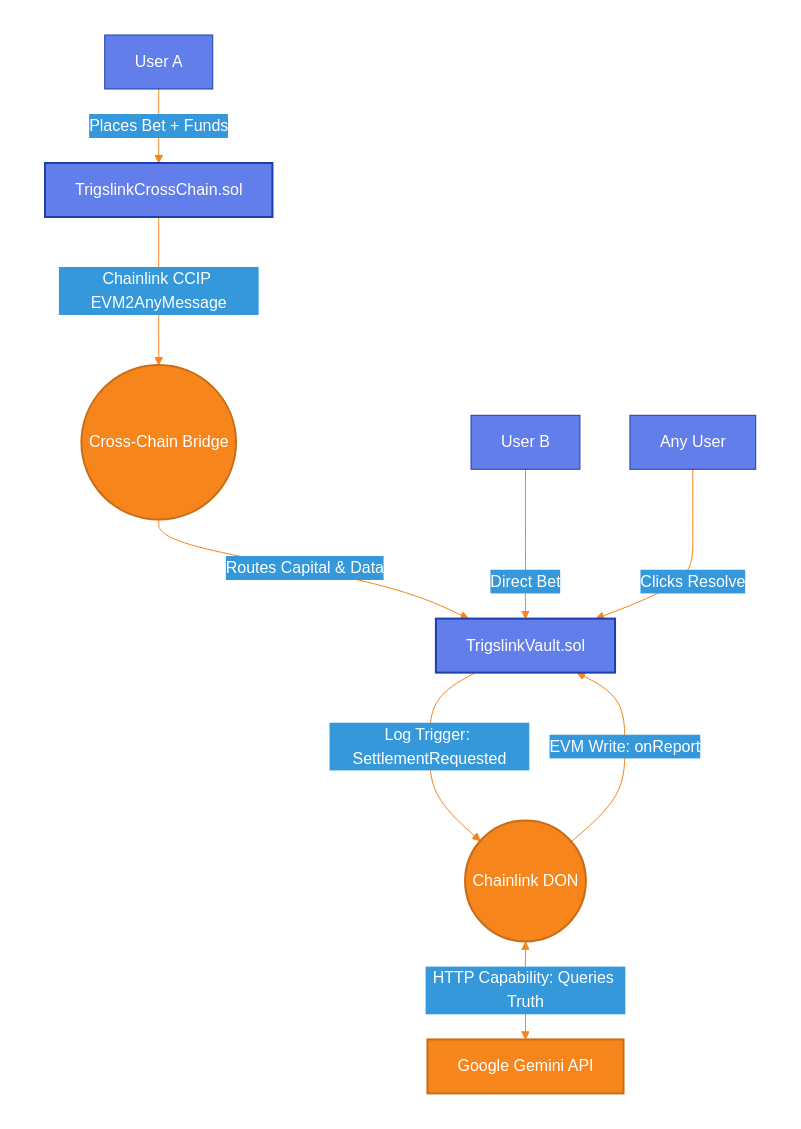
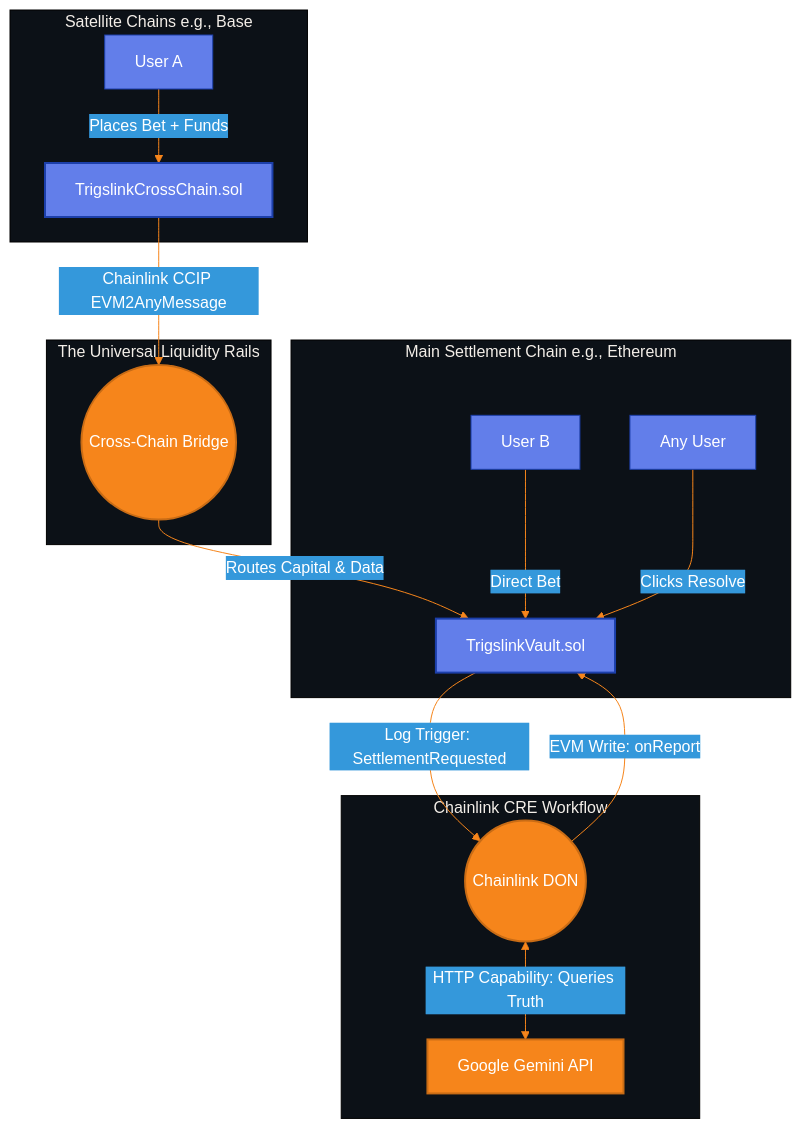
Before and after one commit to Trigs-link/trigslink: the first of 2 diagrams in README.md, drawn with Mermaid.

Commit message:
README updated

````diff
--- a/README.md
+++ b/README.md
@@ -21,41 +21,41 @@
 ```mermaid
 %%{init: {
   'theme': 'base',
   'themeVariables': {
     'primaryColor': '#627eea',
     'primaryTextColor': '#ffffff',
     'primaryBorderColor': '#1c3faa',
     'lineColor': '#f6851b',
     'secondaryColor': '#3498db',
-    'tertiaryColor': 'transparent',
+    'tertiaryColor': '#0c1117',
     'fontFamily': 'Inter, system-ui, sans-serif',
     'background': '#0b0f1c'
   }
 }}%%
 graph TD
     subgraph Satellite Chains [Satellite Chains e.g., Base]
         UserA[User A] -->|Places Bet + Funds| CC_Sender[TrigslinkCrossChain.sol]
     end
 
     subgraph The Universal Liquidity Rails
         CC_Sender -->|Chainlink CCIP EVM2AnyMessage| Bridge((Cross-Chain Bridge))
     end
 
     subgraph Main Hub [Main Settlement Chain e.g., Ethereum]
         Bridge -->|Routes Capital & Data| Vault[TrigslinkVault.sol]
         UserB[User B] -->|Direct Bet| Vault
         UserC[Any User] -->|Clicks Resolve| Vault
     end
 
     subgraph Off-Chain Truth Engine [Chainlink CRE Workflow]
         Vault -->|Log Trigger: SettlementRequested| DON((Chainlink DON))
         DON <-->|HTTP Capability: Queries Truth| Gemini[Google Gemini API]
         DON -->|EVM Write: onReport| Vault
     end
 
     classDef contract fill:#627eea,stroke:#1c3faa,stroke-width:2px,color:#fff;
     classDef external fill:#f6851b,stroke:#c96c15,stroke-width:2px,color:#fff;
     
     class Vault,CC_Sender contract;
     class DON,Bridge,Gemini external;
 ```
````
